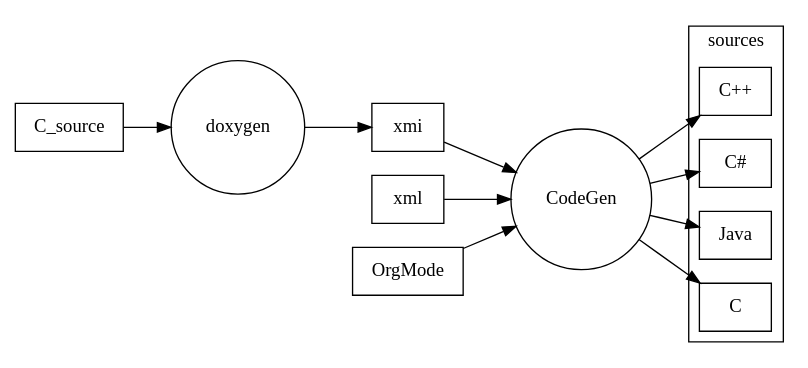
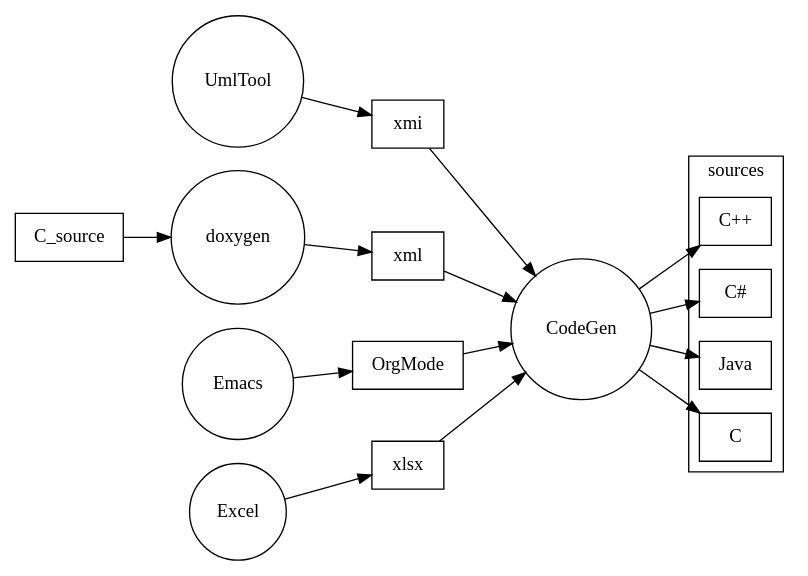
One commit to ojari/ojari.github.io changed the second of 3 diagrams in github.org. Above: the diagram before and after it, drawn with Graphviz. The commit also changed other lines of this file and 8 other files, not shown here.

Commit message:
update diagrams for version 0.4 (mqtt and redis added)

```diff
--- a/github.org
+++ b/github.org
@@ -219,22 +247,23 @@
 #+BEGIN_SRC dot :file pic01.png :cmdline -Kdot -Tpng
 digraph {
 rankdir=LR;
 
 subgraph cluster1 {
 label="sources"
 Cpp[label="C++"; shape=box]
 CS[label="C#"; shape=box]
 Java[label="Java"; shape=box]
 C[label="C"; shape=box]
 }
 
-node [shape=box]; C_source; xmi; xml; OrgMode;
-node [shape=circle]; doxygen; CodeGen; 
+node [shape=box]; C_source; xmi; xml; OrgMode; xlsx
+node [shape=circle]; doxygen; CodeGen; UmlTool; Excel; Emacs;
 
-C_source -> doxygen -> xmi -> CodeGen
-xml -> CodeGen
-OrgMode -> CodeGen
+C_source -> doxygen -> xml -> CodeGen
+UmlTool -> xmi -> CodeGen
+Emacs -> OrgMode -> CodeGen
+Excel -> xlsx -> CodeGen
 
 CodeGen -> {CS Cpp Java C}
 }
 #+END_SRC 
```
